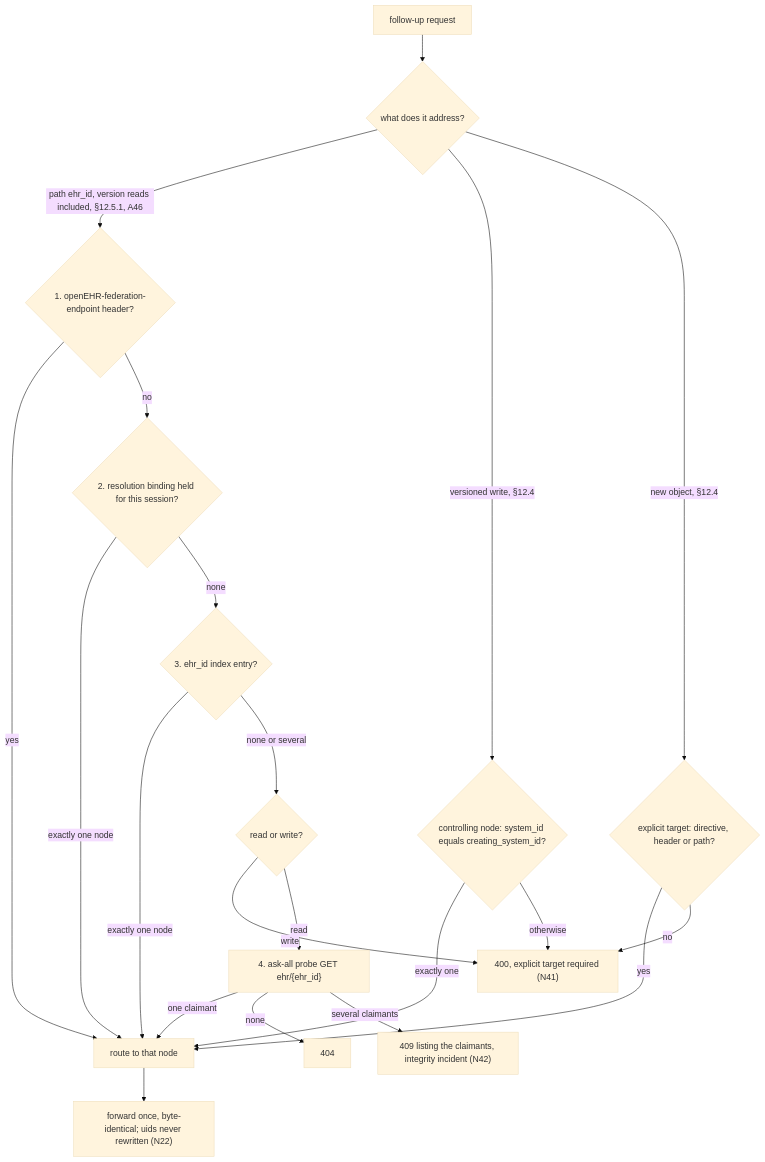
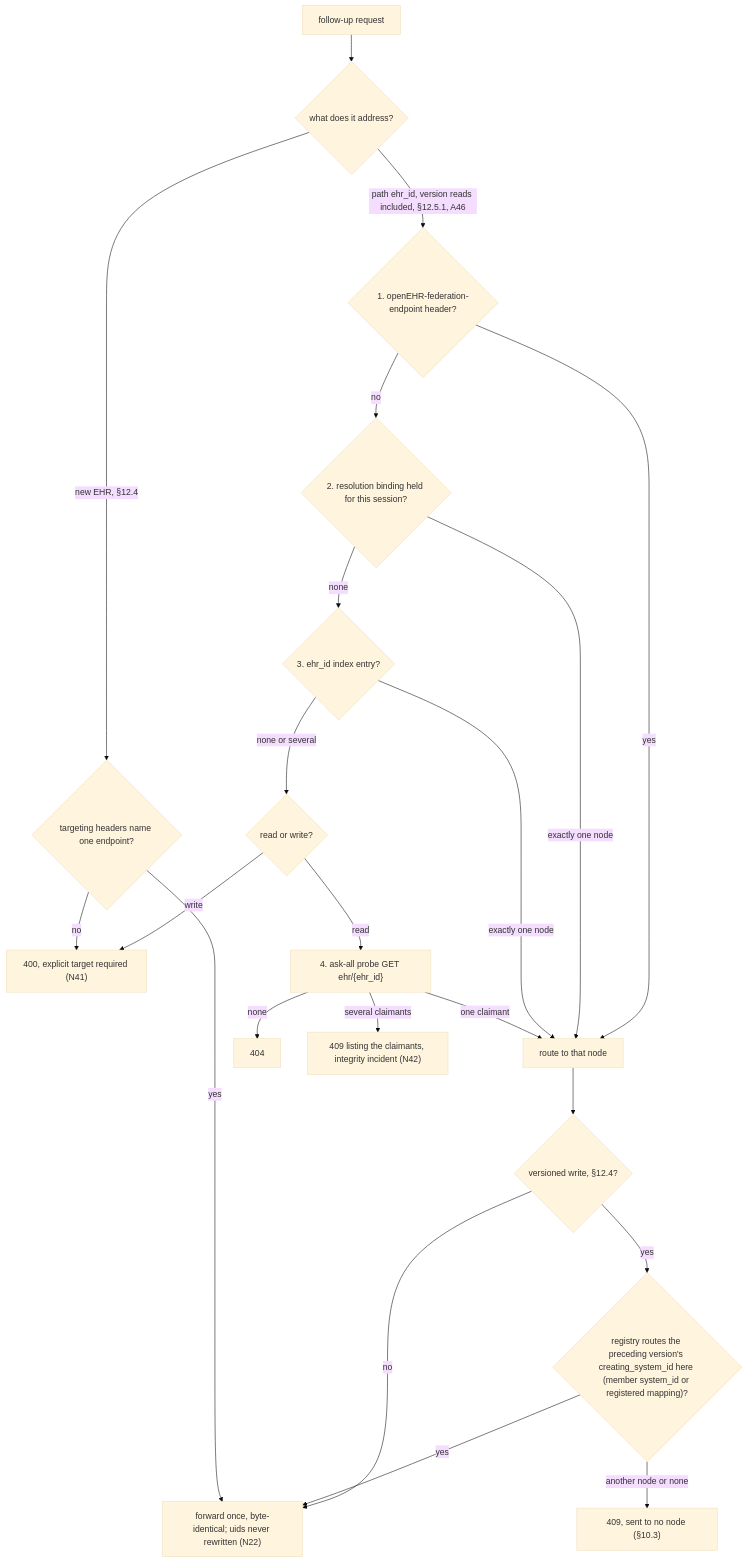
One commit to FerroHEALTH/FerroFED changed the second of 4 diagrams in docs/architecture.md. Above: the diagram before and after it, drawn with Mermaid (base theme). The commit also changed other lines of this file and 19 other files, not shown here.

````diff
--- a/docs/architecture.md
+++ b/docs/architecture.md
@@ -379,23 +387,25 @@
 ```mermaid
 flowchart TD
     req["follow-up request"] --> kind{"what does it address?"}
     kind -->|"path ehr_id, version reads included, §12.5.1, A46"| s1{"1. openEHR-federation-endpoint header?"}
     s1 -->|yes| one["route to that node"]
     s1 -->|no| s2{"2. resolution binding held for this session?"}
     s2 -->|exactly one node| one
     s2 -->|none| s3{"3. ehr_id index entry?"}
     s3 -->|exactly one node| one
     s3 -->|none or several| rw{"read or write?"}
     rw -->|write| r400["400, explicit target required (N41)"]
     rw -->|read| s4["4. ask-all probe GET ehr/{ehr_id}"]
     s4 -->|one claimant| one
     s4 -->|none| r404["404"]
     s4 -->|several claimants| r409["409 listing the claimants, integrity incident (N42)"]
-    kind -->|"versioned write, §12.4"| w1{"controlling node: system_id equals creating_system_id?"}
-    w1 -->|exactly one| one
-    w1 -->|otherwise| r400
-    kind -->|"new object, §12.4"| n1{"explicit target: directive, header or path?"}
-    n1 -->|yes| one
+    one --> vw{"versioned write, §12.4?"}
+    vw -->|no| pass
+    vw -->|yes| w1{"registry routes the preceding version's creating_system_id here (member system_id or registered mapping)?"}
+    w1 -->|yes| pass
+    w1 -->|another node or none| w409["409, sent to no node (§10.3)"]
+    kind -->|"new EHR, §12.4"| n1{"targeting headers name one endpoint?"}
+    n1 -->|yes| pass
     n1 -->|no| r400
-    one --> pass["forward once, byte-identical; uids never rewritten (N22)"]
+    pass["forward once, byte-identical; uids never rewritten (N22)"]
 ```
````
